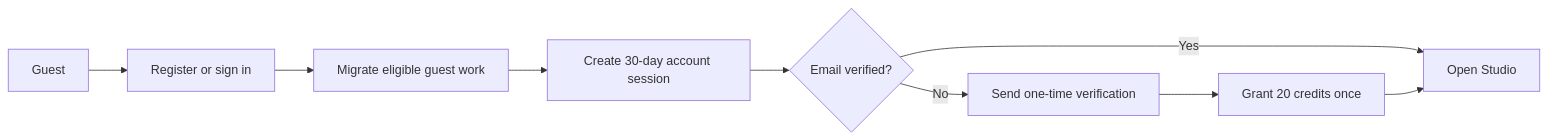
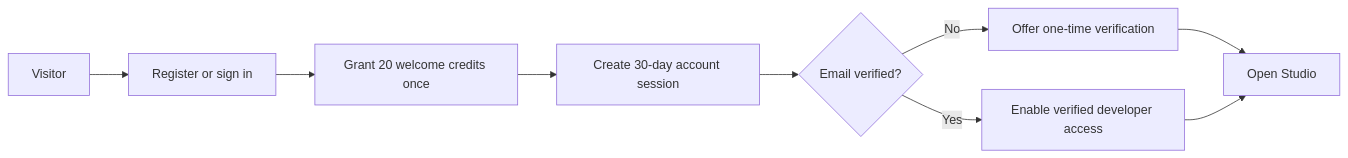
The second of 2 diagrams in PRODUCT.md (Tnsea/qwenimage3), drawn with Mermaid before and after one commit. The commit also changed other lines of this file and 72 other files, not shown here.

````diff
--- a/PRODUCT.md
+++ b/PRODUCT.md
@@ -135,11 +137,11 @@
 ```mermaid
 flowchart LR
-  A[Guest] --> B[Register or sign in]
-  B --> C[Migrate eligible guest work]
+  A[Visitor] --> B[Register or sign in]
+  B --> C[Grant 20 welcome credits once]
   C --> D[Create 30-day account session]
   D --> E{Email verified?}
-  E -->|No| F[Send one-time verification]
-  F --> G[Grant 20 credits once]
-  E -->|Yes| H[Open Studio]
+  E -->|No| F[Offer one-time verification]
+  E -->|Yes| G[Enable verified developer access]
+  F --> H[Open Studio]
   G --> H
 ```
````
